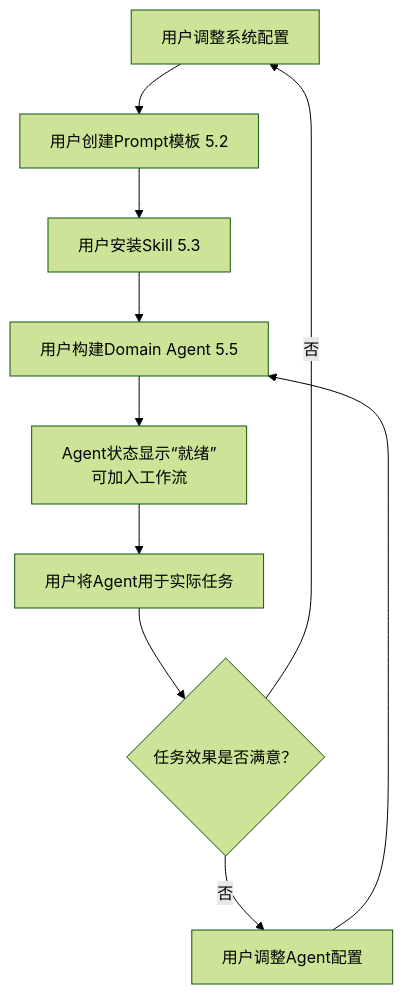
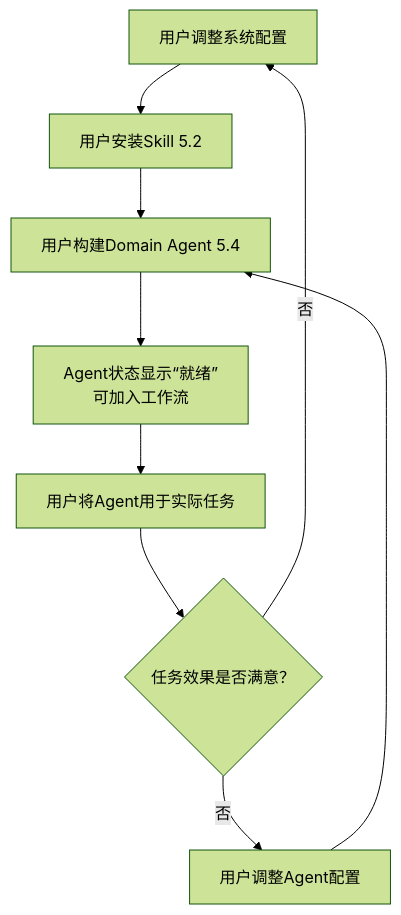
The first of 4 diagrams in docs/Agent 开发文档/01-需求分析.md (ivanzwb/coobot), drawn with Mermaid (forest theme) before and after one commit. The commit also changed other lines of this file and 42 other files, not shown here.

````diff
--- a/docs/Agent 开发文档/01-需求分析.md
+++ b/docs/Agent 开发文档/01-需求分析.md
@@ -123,12 +122,11 @@
 ```mermaid
     flowchart TD
-    A[用户添加大模型 5.1] --> B[用户创建Prompt模板 5.2]
-    B --> C[用户安装Skill 5.3]
-    C --> D[用户构建Domain Agent 5.5]
+    A[用户添加大模型 5.1] --> C[用户安装Skill 5.2]
+    C --> D[用户构建Domain Agent 5.4]
     D --> F[Agent状态显示“就绪”<br>可加入工作流]
     H --> D
     F --> I[用户将Agent用于实际任务]
     I --> J{任务效果是否满意？}
     J -- 否 --> H[用户调整Agent配置]
     J -- 否 --> A[用户调整系统配置]
 ```
````
